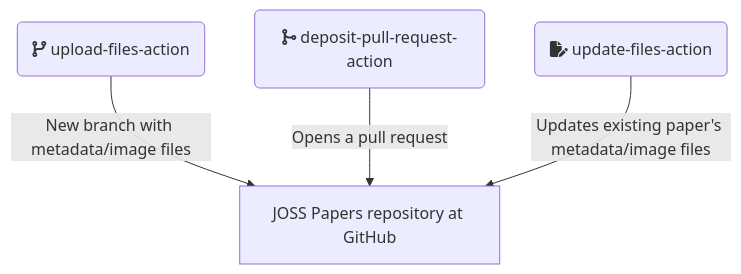
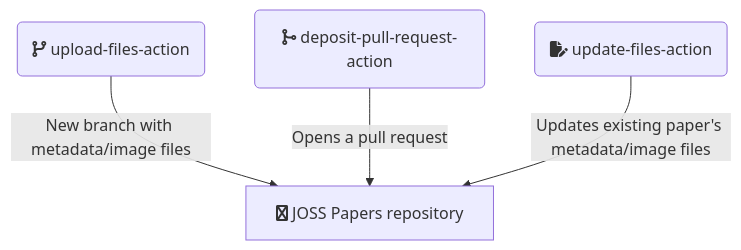
Before and after one commit to openjournals/joss-infra-docs: the second of 6 diagrams in github-actions.md, drawn with Mermaid.

````diff
--- a/github-actions.md
+++ b/github-actions.md
@@ -69,12 +69,12 @@
 ```mermaid
 flowchart TD
   UPLOAD(fa:fa-code-branch upload-files-action)
   PR(fa:fa-code-merge deposit-pull-request-action)
   UPDATE(fa:fa-file-edit update-files-action)
    
-  PapersRepo[JOSS Papers repository at GitHub]
+  PapersRepo[fa:fa-github JOSS Papers repository]
 
   UPLOAD --> |New branch with metadata/image files| PapersRepo
   PR --> |Opens a pull request| PapersRepo
   UPDATE --> |Updates existing paper's metadata/image files| PapersRepo
 ```
````
